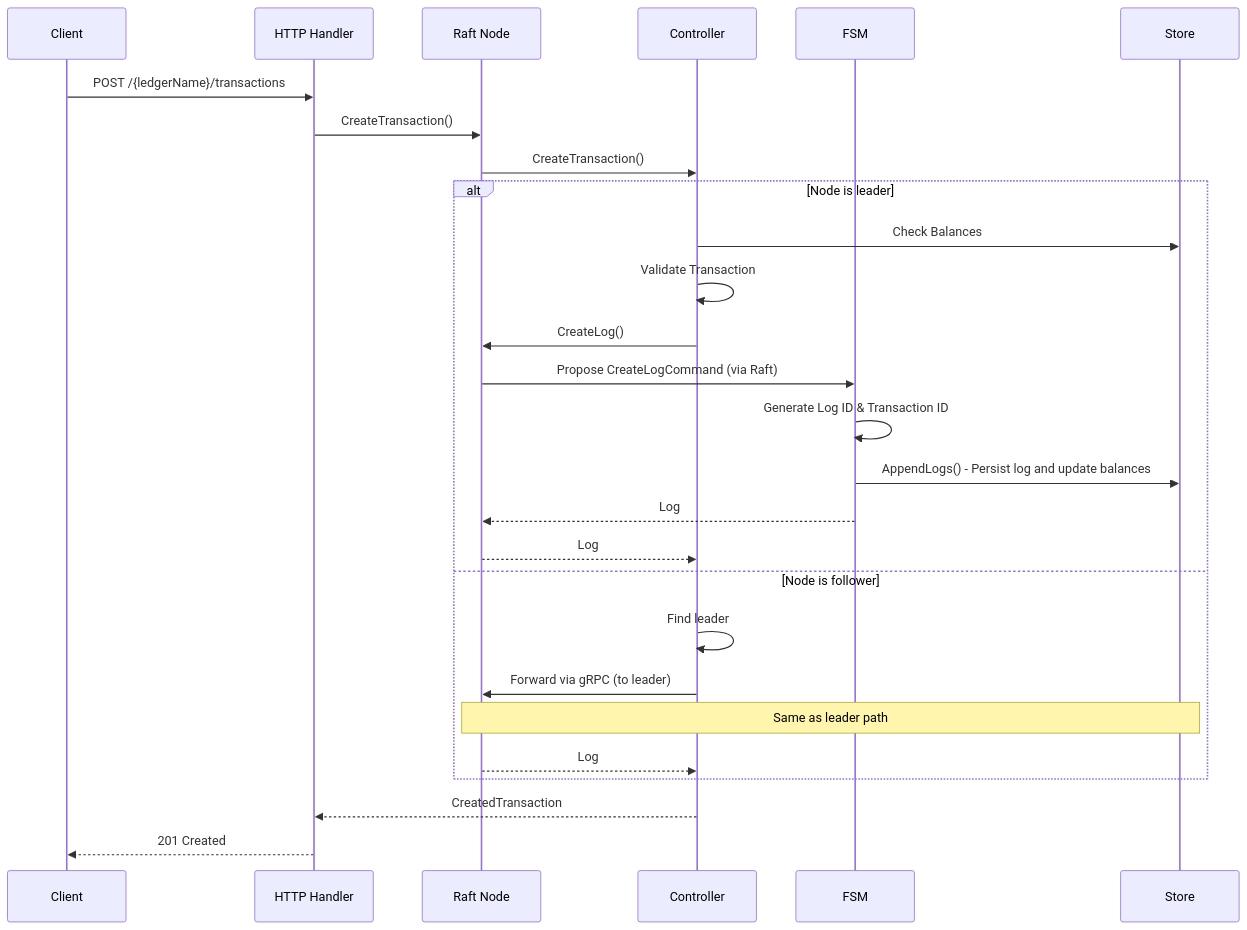
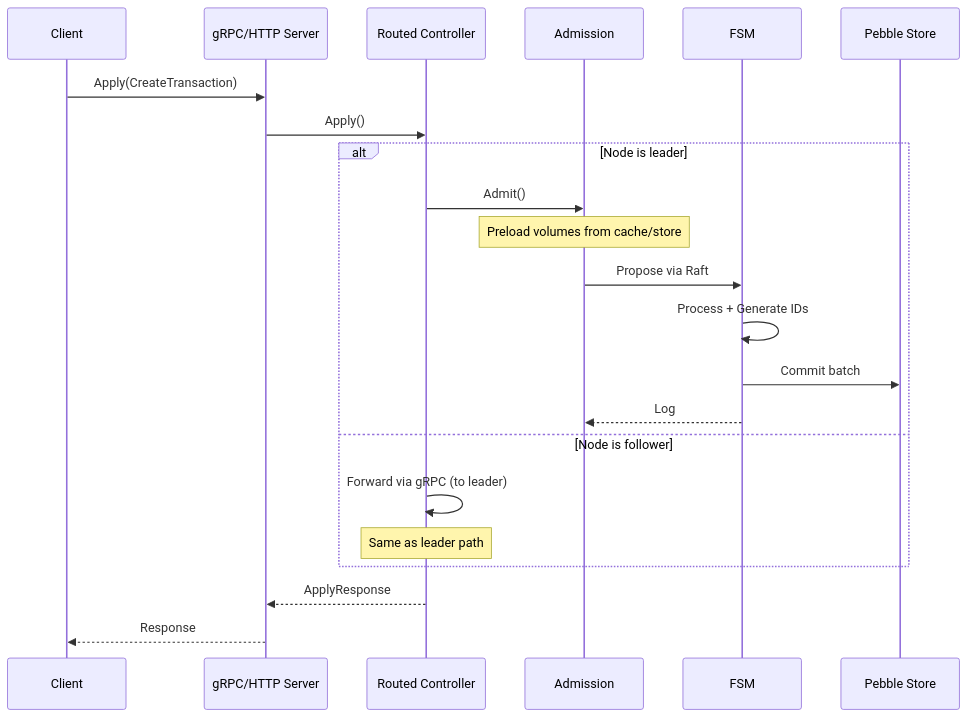
One commit to formancehq/ledger changed the fifth of 6 diagrams in docs/architecture/architecture.md. Above: the diagram before and after it, drawn with Mermaid. The commit also changed other lines of this file and 10 other files, not shown here.

First line of the commit message:
docs: fix outdated architecture documentation across 10 files

````diff
--- a/docs/architecture/architecture.md
+++ b/docs/architecture/architecture.md
@@ -222,32 +223,27 @@
 ```mermaid
 sequenceDiagram
     participant Client
-    participant HTTP as HTTP Handler
-    participant RaftNode as Raft Node
-    participant Controller as Controller
+    participant API as gRPC/HTTP Server
+    participant Ctrl as Routed Controller
+    participant Admission
     participant FSM as FSM
-    participant Store as Store
-    
-    Client->>HTTP: POST /{ledgerName}/transactions
-    HTTP->>RaftNode: CreateTransaction()
-    RaftNode->>Controller: CreateTransaction()
-    
+    participant Store as Pebble Store
+
+    Client->>API: Apply(CreateTransaction)
+    API->>Ctrl: Apply()
+
     alt Node is leader
-        Controller->>Store: Check Balances
-        Controller->>Controller: Validate Transaction
-        Controller->>RaftNode: CreateLog()
-        RaftNode->>FSM: Propose CreateLogCommand (via Raft)
-        FSM->>FSM: Generate Log ID & Transaction ID
-        FSM->>Store: AppendLogs() - Persist log and update balances
-        FSM-->>RaftNode: Log
-        RaftNode-->>Controller: Log
+        Ctrl->>Admission: Admit()
+        Note over Admission: Preload volumes from cache/store
+        Admission->>FSM: Propose via Raft
+        FSM->>FSM: Process + Generate IDs
+        FSM->>Store: Commit batch
+        FSM-->>Admission: Log
     else Node is follower
-        Controller->>Controller: Find leader
-        Controller->>RaftNode: Forward via gRPC (to leader)
-        Note over RaftNode,Store: Same as leader path
-        RaftNode-->>Controller: Log
+        Ctrl->>Ctrl: Forward via gRPC (to leader)
+        Note over Ctrl: Same as leader path
     end
-    
-    Controller-->>HTTP: CreatedTransaction
-    HTTP-->>Client: 201 Created
+
+    Ctrl-->>API: ApplyResponse
+    API-->>Client: Response
 ```
````
